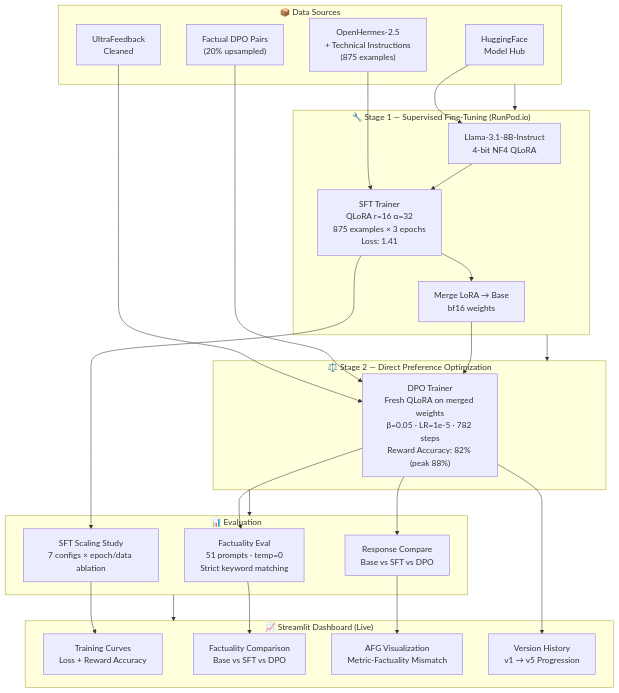
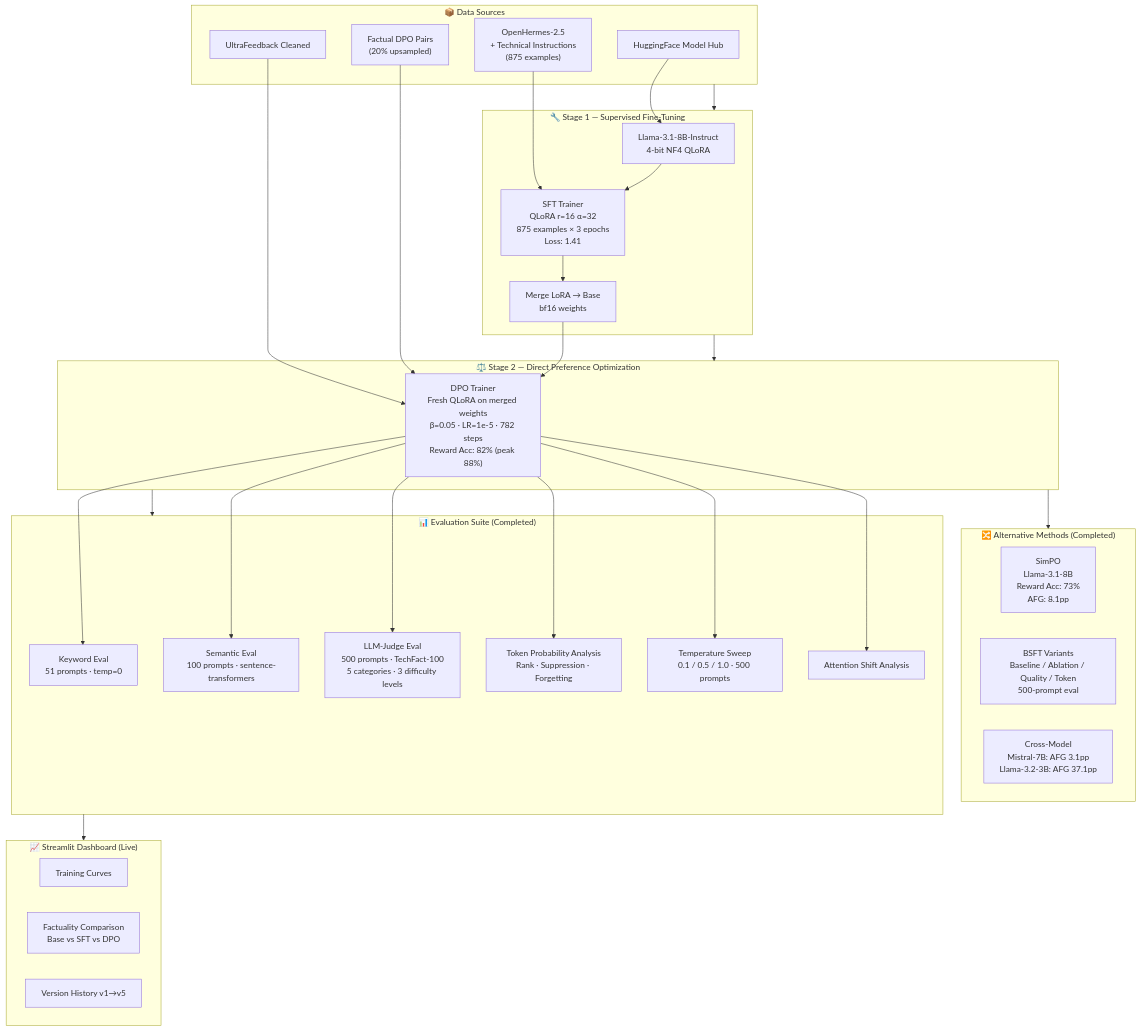
Before and after one commit to SantoshAdabala/distill-align-llm: the diagram in README.md, drawn with Mermaid. The commit also changed other lines of this file, not shown here.

Commit message:
fix: rewrite README from actual outputs — all completed work documented, resume section removed, open problems updated

````diff
--- a/README.md
+++ b/README.md
@@ -104,50 +43,52 @@
 ```mermaid
 flowchart TD
     subgraph SOURCES["📦 Data Sources"]
-        HF["HuggingFace\nModel Hub"]
+        HF["HuggingFace Model Hub"]
         OH["OpenHermes-2.5\n+ Technical Instructions\n(875 examples)"]
-        UF["UltraFeedback\nCleaned"]
+        UF["UltraFeedback Cleaned"]
         FD["Factual DPO Pairs\n(20% upsampled)"]
     end
 
-    subgraph SFT_BLOCK["🔧 Stage 1 — Supervised Fine-Tuning (RunPod.io)"]
+    subgraph SFT_BLOCK["🔧 Stage 1 — Supervised Fine-Tuning"]
         BASE["Llama-3.1-8B-Instruct\n4-bit NF4 QLoRA"]
         SFT_T["SFT Trainer\nQLoRA r=16 α=32\n875 examples × 3 epochs\nLoss: 1.41"]
         MERGE["Merge LoRA → Base\nbf16 weights"]
         HF --> BASE
         OH --> SFT_T
         BASE --> SFT_T --> MERGE
     end
 
     subgraph DPO_BLOCK["⚖️ Stage 2 — Direct Preference Optimization"]
-        DPO_T["DPO Trainer\nFresh QLoRA on merged weights\nβ=0.05 · LR=1e-5 · 782 steps\nReward Accuracy: 82% (peak 88%)"]
+        DPO_T["DPO Trainer\nFresh QLoRA on merged weights\nβ=0.05 · LR=1e-5 · 782 steps\nReward Acc: 82% (peak 88%)"]
         UF --> DPO_T
         FD --> DPO_T
         MERGE --> DPO_T
     end
 
-    subgraph EVAL_BLOCK["📊 Evaluation"]
-        FACT["Factuality Eval\n51 prompts · temp=0\nStrict keyword matching"]
-        COMP["Response Compare\nBase vs SFT vs DPO"]
-        SCALE["SFT Scaling Study\n7 configs × epoch/data ablation"]
-        DPO_T --> FACT
-        DPO_T --> COMP
-        SFT_T --> SCALE
+    subgraph ALT["🔀 Alternative Methods (Completed)"]
+        SIMPO["SimPO\nLlama-3.1-8B\nReward Acc: 73%\nAFG: 8.1pp"]
+        BSFT["BSFT Variants\nBaseline / Ablation / Quality / Token\n500-prompt eval"]
+        CROSS["Cross-Model\nMistral-7B: AFG 3.1pp\nLlama-3.2-3B: AFG 37.1pp"]
+    end
+
+    subgraph EVAL_BLOCK["📊 Evaluation Suite (Completed)"]
+        KW["Keyword Eval\n51 prompts · temp=0"]
+        SEM["Semantic Eval\n100 prompts · sentence-transformers"]
+        JUDGE["LLM-Judge Eval\n500 prompts · TechFact-100\n5 categories · 3 difficulty levels"]
+        TOK["Token Probability Analysis\nRank · Suppression · Forgetting"]
+        TEMP["Temperature Sweep\n0.1 / 0.5 / 1.0 · 500 prompts"]
+        ATTN["Attention Shift Analysis"]
+        DPO_T --> KW & SEM & JUDGE & TOK & TEMP & ATTN
     end
 
     subgraph DASH["📈 Streamlit Dashboard (Live)"]
-        TC["Training Curves\nLoss + Reward Accuracy"]
+        TC["Training Curves"]
         FC["Factuality Comparison\nBase vs SFT vs DPO"]
-        AFG_VIZ["AFG Visualization\nMetric-Factuality Mismatch"]
-        VER["Version History\nv1 → v5 Progression"]
-        FACT --> FC
-        COMP --> AFG_VIZ
-        SCALE --> TC
-        DPO_T --> VER
+        VER["Version History v1→v5"]
     end
 
-    SOURCES --> SFT_BLOCK
-    SFT_BLOCK --> DPO_BLOCK
+    SOURCES --> SFT_BLOCK --> DPO_BLOCK
+    DPO_BLOCK --> ALT
     DPO_BLOCK --> EVAL_BLOCK
     EVAL_BLOCK --> DASH
 ```
````
